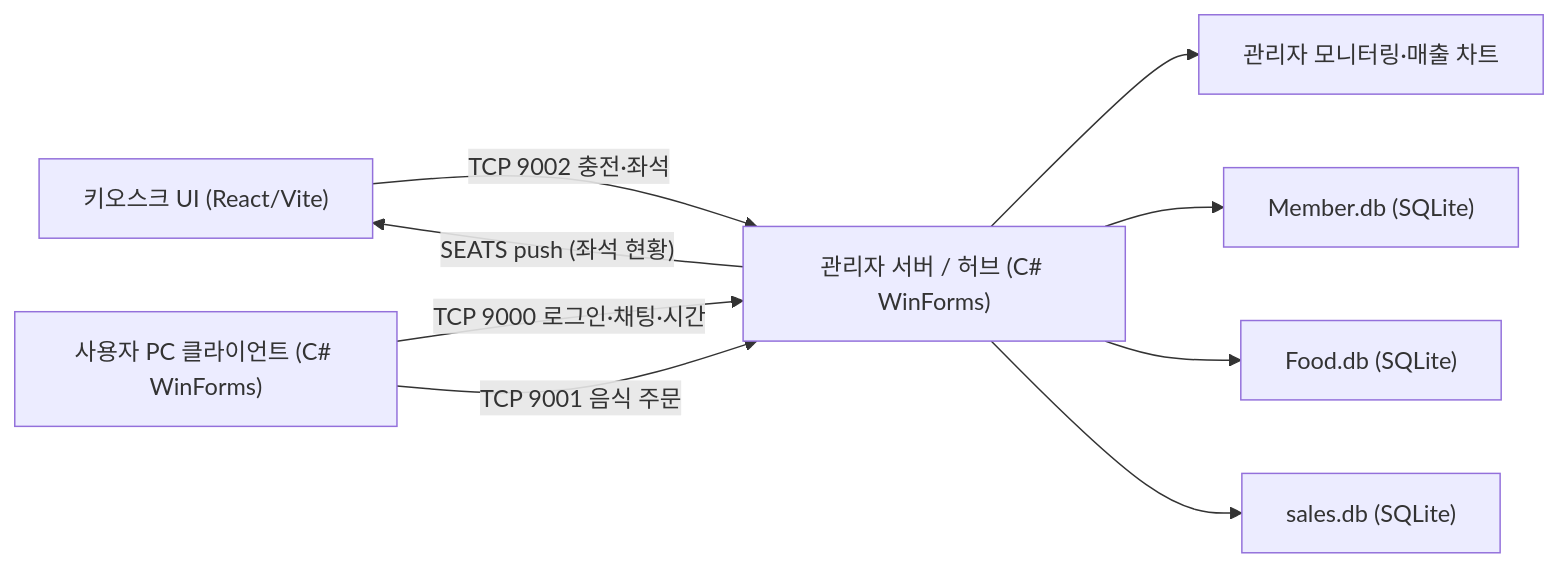
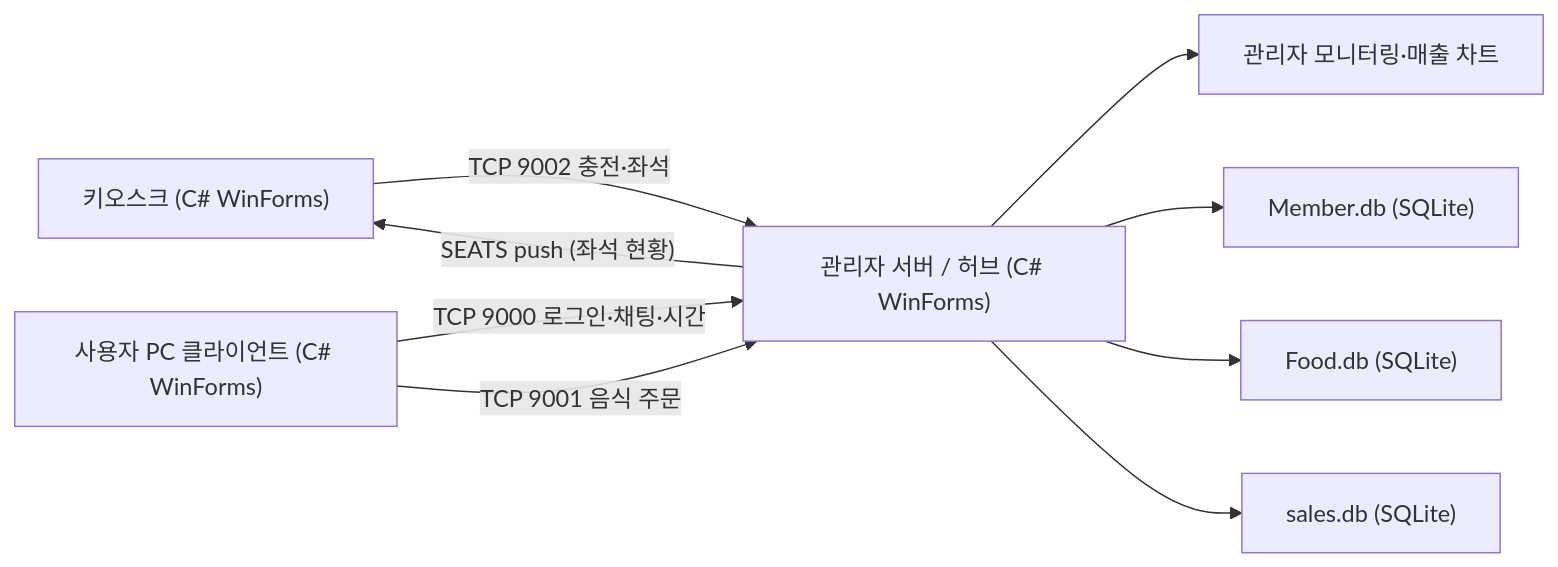
Before and after one commit to jaeni01/pcroom-kiosk-system: the diagram in README.md, drawn with Mermaid. The commit also changed other lines of this file, not shown here.

Commit message:
docs: 역할·기술 정확도 수정 (거치대 코드귀속·키오스크 UI·VisiPick 역할·랜딩기어 회로)

````diff
--- a/README.md
+++ b/README.md
@@ -39,11 +36,11 @@
 ```mermaid
 flowchart LR
-  K["키오스크 UI (React/Vite)"] -->|"TCP 9002 충전·좌석"| S
+  K["키오스크 (C# WinForms)"] -->|"TCP 9002 충전·좌석"| S
   U["사용자 PC 클라이언트 (C# WinForms)"] -->|"TCP 9000 로그인·채팅·시간"| S
   U -->|"TCP 9001 음식 주문"| S
   S["관리자 서버 / 허브 (C# WinForms)"] --> ADMIN["관리자 모니터링·매출 차트"]
   S --> M["Member.db (SQLite)"]
   S --> F["Food.db (SQLite)"]
   S --> SA["sales.db (SQLite)"]
   S -->|"SEATS push (좌석 현황)"| K
 ```
````
